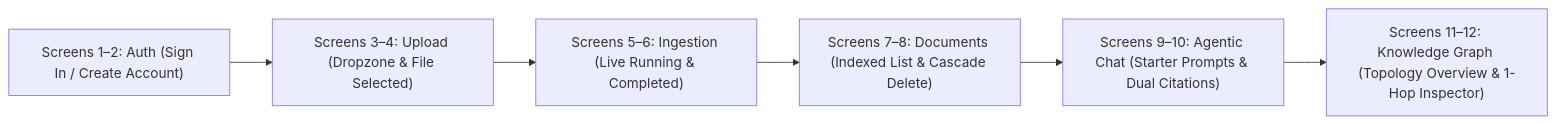
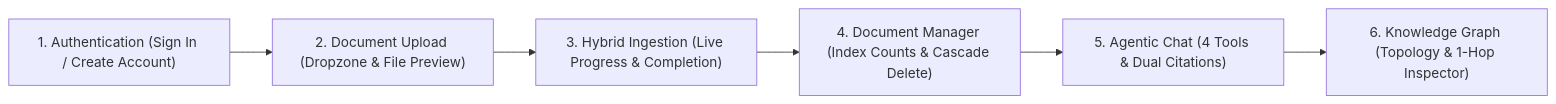
One commit to Dronanaik/adk_rag changed the diagram in docs/USER_GUIDE.md. Above: the diagram before and after it, drawn with Mermaid. The commit also changed other lines of this file, not shown here.

Commit message:
docs(user-guide): remove Screen 1/2 numbering labels across headings, cards, and diagrams

````diff
--- a/docs/USER_GUIDE.md
+++ b/docs/USER_GUIDE.md
@@ -9,8 +9,8 @@
 ```mermaid
 flowchart LR
-    A["Screens 1–2: Auth (Sign In / Create Account)"] --> B["Screens 3–4: Upload (Dropzone & File Selected)"]
-    B --> C["Screens 5–6: Ingestion (Live Running & Completed)"]
-    C --> D["Screens 7–8: Documents (Indexed List & Cascade Delete)"]
-    D --> E["Screens 9–10: Agentic Chat (Starter Prompts & Dual Citations)"]
-    E --> F["Screens 11–12: Knowledge Graph (Topology Overview & 1-Hop Inspector)"]
+    A["1. Authentication (Sign In / Create Account)"] --> B["2. Document Upload (Dropzone & File Preview)"]
+    B --> C["3. Hybrid Ingestion (Live Progress & Completion)"]
+    C --> D["4. Document Manager (Index Counts & Cascade Delete)"]
+    D --> E["5. Agentic Chat (4 Tools & Dual Citations)"]
+    E --> F["6. Knowledge Graph (Topology & 1-Hop Inspector)"]
 ```
````
